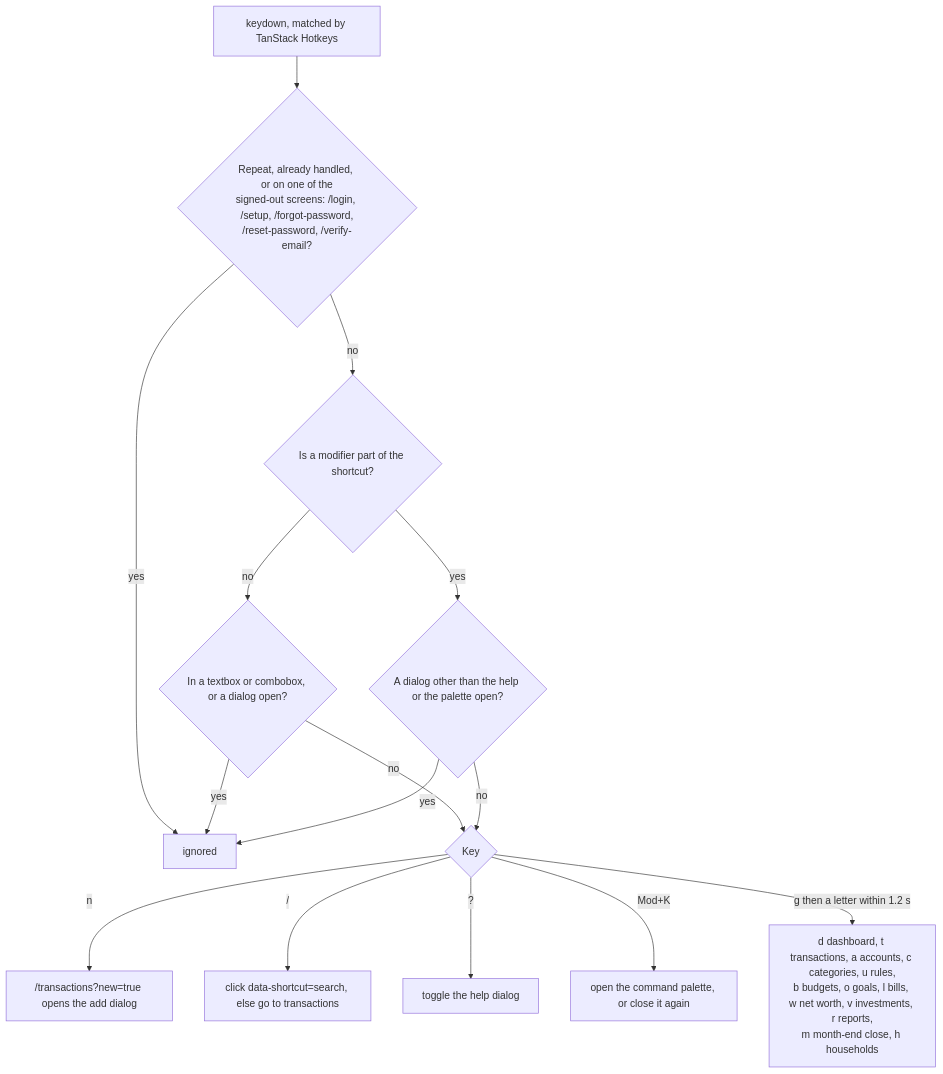
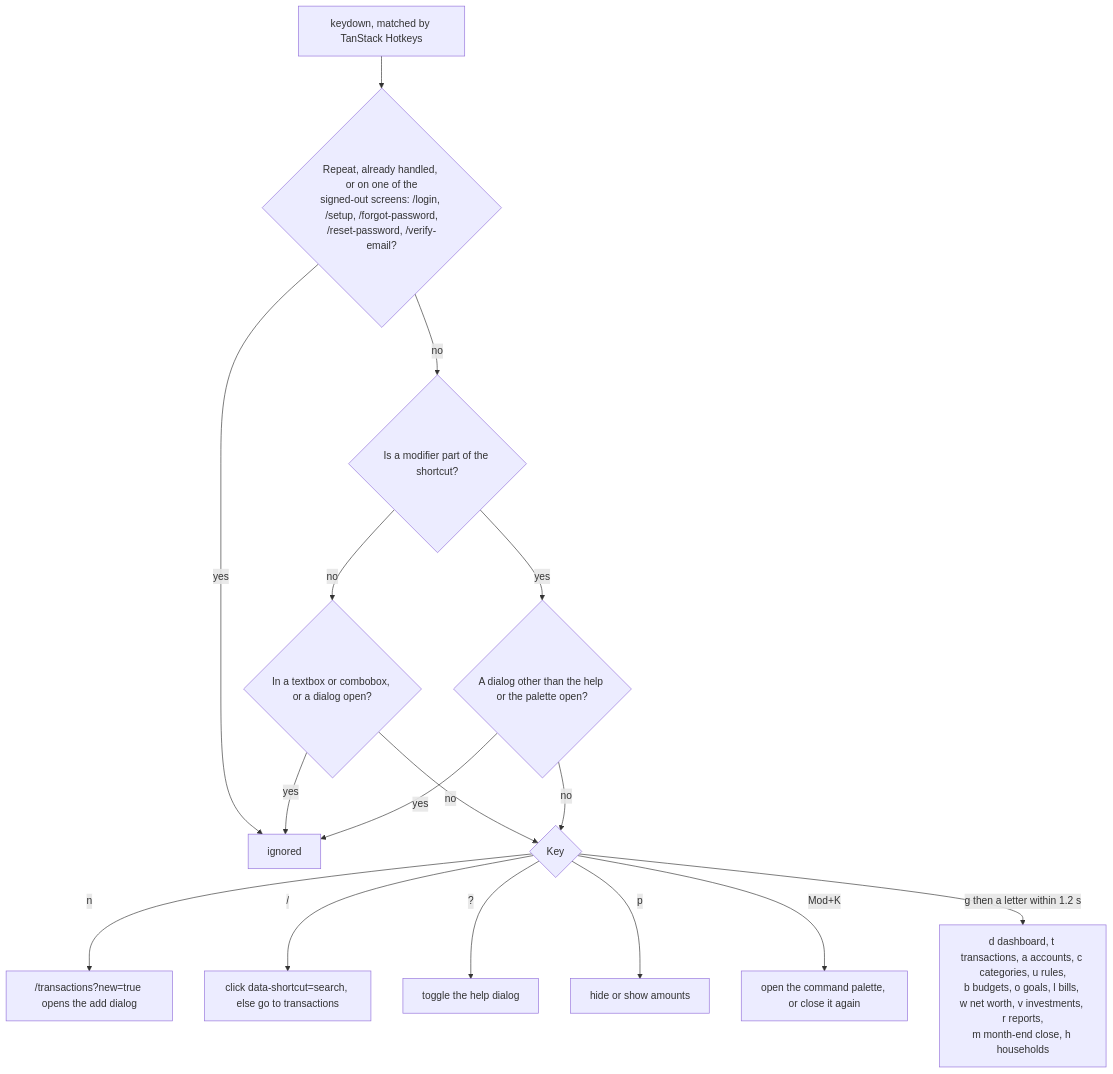
One commit to Justxs/Jx-Finance changed the fourth of 6 diagrams in docs/features/interface.md. Above: the diagram before and after it, drawn with Mermaid. The commit also changed other lines of this file and 36 other files, not shown here.

First line of the commit message:
feat(interface): hide amounts on screen with privacy mode

````diff
--- a/docs/features/interface.md
+++ b/docs/features/interface.md
@@ -61,17 +90,18 @@
 ```mermaid
 flowchart TD
     Key["keydown, matched by TanStack Hotkeys"] --> Guard{"Repeat, already handled, or on one of the<br/>signed-out screens: /login, /setup, /forgot-password,<br/>/reset-password, /verify-email?"}
     Guard -->|"yes"| Ignore["ignored"]
     Guard -->|"no"| Held{"Is a modifier part of the shortcut?"}
     Held -->|"no"| Bare{"In a textbox or combobox, or a dialog open?"}
     Bare -->|"yes"| Ignore
     Bare -->|"no"| Which
     Held -->|"yes"| Modal{"A dialog other than the help or the palette open?"}
     Modal -->|"yes"| Ignore
     Modal -->|"no"| Which{"Key"}
     Which -->|"n"| New["/transactions?new=true opens the add dialog"]
     Which -->|"/"| Search["click data-shortcut=search, else go to transactions"]
     Which -->|"?"| Help["toggle the help dialog"]
+    Which -->|"p"| Privacy["hide or show amounts"]
     Which -->|"Mod+K"| Palette["open the command palette, or close it again"]
     Which -->|"g then a letter within 1.2 s"| Go["d dashboard, t transactions, a accounts, c categories, u rules,<br/>b budgets, o goals, l bills, w net worth, v investments, r reports,<br/>m month-end close, h households"]
 ```
````
